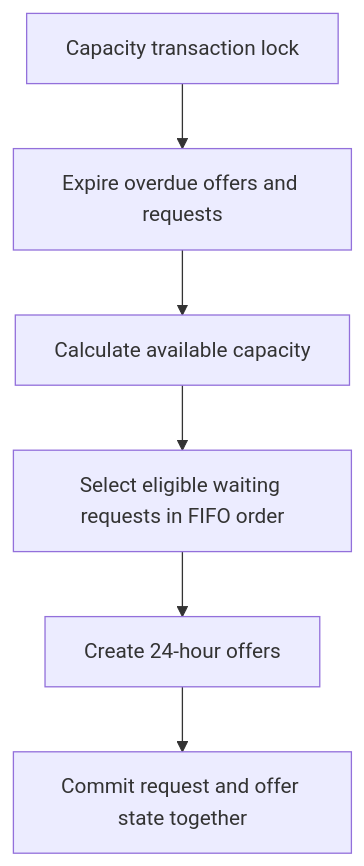
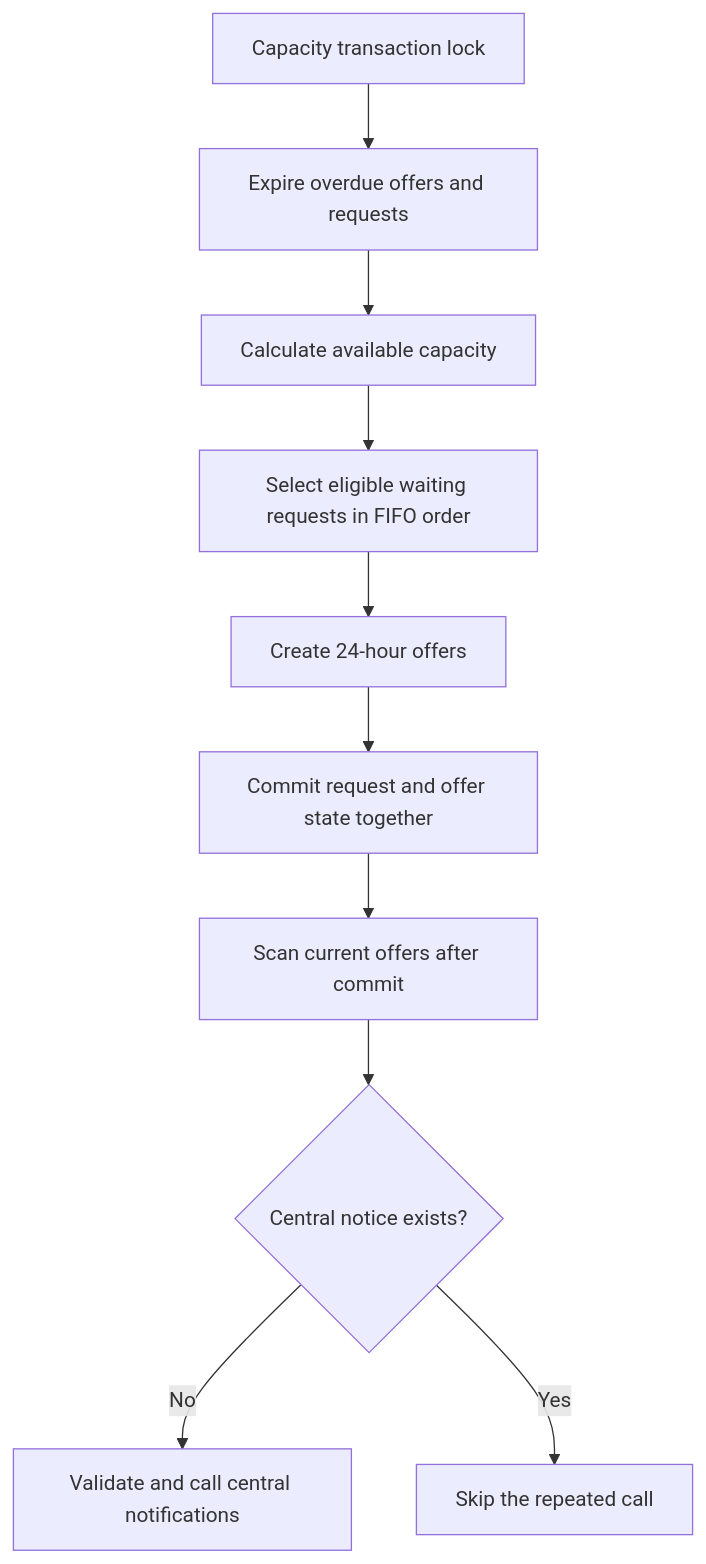
Before and after one commit to NicolasMG-dev/Epic-4---IS: the third of 4 diagrams in docs/mentors/README.md, drawn with Mermaid. The commit also changed other lines of this file and 511 other files, not shown here.

````diff
--- a/docs/mentors/README.md
+++ b/docs/mentors/README.md
@@ -111,8 +113,12 @@
 ```mermaid
 flowchart TD
   Lock[Capacity transaction lock] --> Expire[Expire overdue offers and requests]
   Expire --> Count[Calculate available capacity]
   Count --> Select[Select eligible waiting requests in FIFO order]
   Select --> Reserve[Create 24-hour offers]
   Reserve --> Commit[Commit request and offer state together]
+  Commit --> Scan[Scan current offers after commit]
+  Scan --> Existing{Central notice exists?}
+  Existing -->|No| Notify[Validate and call central notifications]
+  Existing -->|Yes| Skip[Skip the repeated call]
 ```
````
